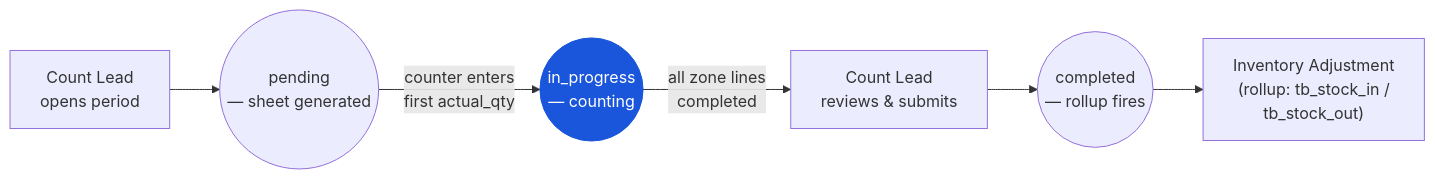
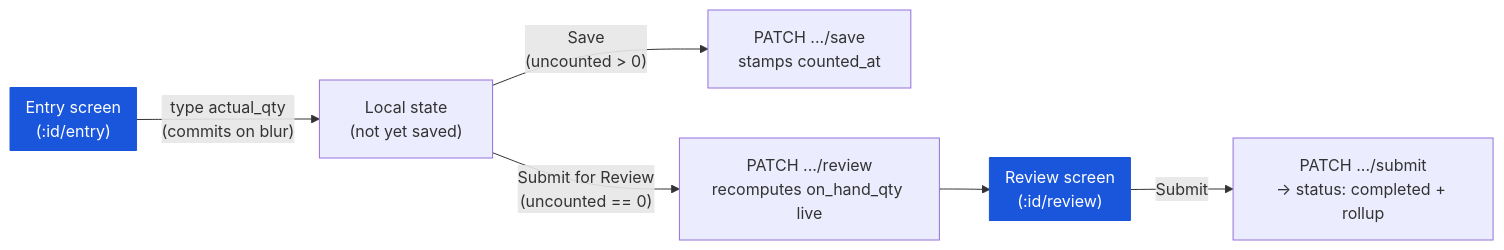
The diagram in en/inventory/physical-count/03-user-flow-counter.md (CarmenSoftware-organization/carmen-wiki), drawn with Mermaid before and after one commit. The commit also changed other lines of this file and 22 other files, not shown here.

First line of the commit message:
docs(resync): physical-count snapshot — near-total rewrite; module documented a fabricated three-tier persona model, real flow is a single-permission list→entry→review→submit journey whose rollup never reaches the inventory ledger

````diff
--- a/en/inventory/physical-count/03-user-flow-counter.md
+++ b/en/inventory/physical-count/03-user-flow-counter.md
@@ -23,9 +23,10 @@
 ```mermaid
 graph LR
-    period_open["Count Lead\nopens period"] --> pending(("pending\n— sheet generated"))
-    pending -->|"counter enters\nfirst actual_qty"| in_progress(("in_progress\n— counting")):::current
-    in_progress -->|"all zone lines\ncompleted"| lead_submit["Count Lead\nreviews & submits"]
-    lead_submit --> completed(("completed\n— rollup fires"))
-    completed --> adj["Inventory Adjustment\n(rollup: tb_stock_in /\ntb_stock_out)"]
+    entry[["Entry screen\n(:id/entry)"]]:::current
+    entry -->|"type actual_qty\n(commits on blur)"| commit["Local state\n(not yet saved)"]
+    commit -->|"Save\n(uncounted > 0)"| save["PATCH .../save\nstamps counted_at"]
+    commit -->|"Submit for Review\n(uncounted == 0)"| review["PATCH .../review\nrecomputes on_hand_qty live"]
+    review --> reviewScreen[["Review screen\n(:id/review)"]]:::current
+    reviewScreen -->|"Submit"| submit["PATCH .../submit\n→ status: completed + rollup"]
     classDef current fill:#1a56db,color:#fff,stroke:#1a56db;
 ```
````
